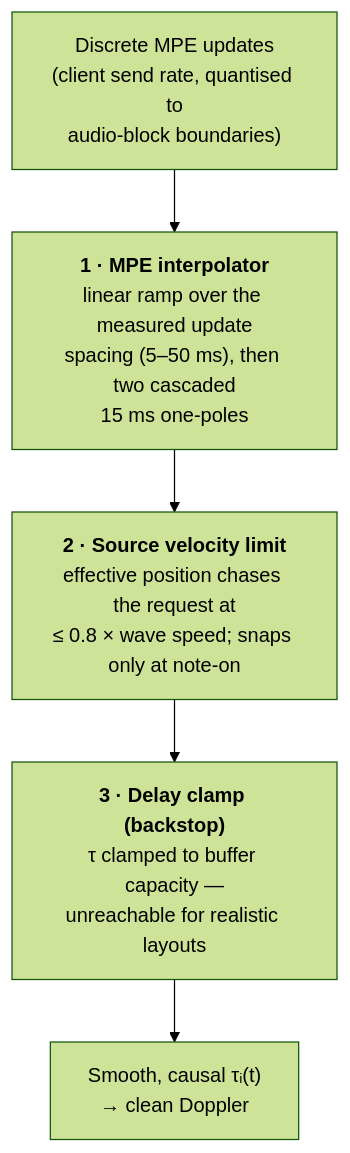
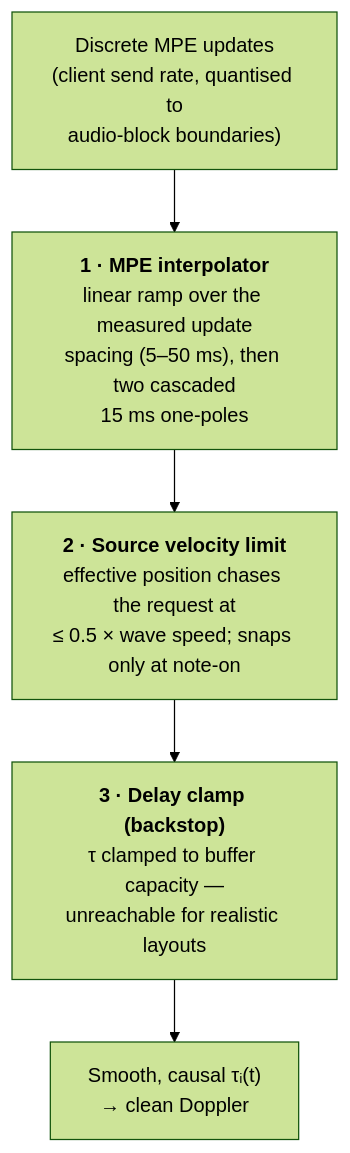
One commit to jmz1/haptic-vst changed the second of 3 diagrams in docs/doppler-delay-line-design.md. Above: the diagram before and after it, drawn with Mermaid (forest theme). The commit also changed other lines of this file and 2 other files, not shown here.

````diff
--- a/docs/doppler-delay-line-design.md
+++ b/docs/doppler-delay-line-design.md
@@ -81,9 +84,9 @@
 ```mermaid
 flowchart TD
     A["Discrete MPE updates<br/>(client send rate, quantised to<br/>audio-block boundaries)"]
     B["<b>1 · MPE interpolator</b><br/>linear ramp over the measured update<br/>spacing (5–50 ms), then two cascaded<br/>15 ms one-poles"]
-    C["<b>2 · Source velocity limit</b><br/>effective position chases the request at<br/>≤ 0.8 × wave speed; snaps only at note-on"]
+    C["<b>2 · Source velocity limit</b><br/>effective position chases the request at<br/>≤ 0.5 × wave speed; snaps only at note-on"]
     D["<b>3 · Delay clamp (backstop)</b><br/>τ clamped to buffer capacity —<br/>unreachable for realistic layouts"]
     E["Smooth, causal τᵢ(t)<br/>→ clean Doppler"]
     A --> B --> C --> D --> E
 ```
````
